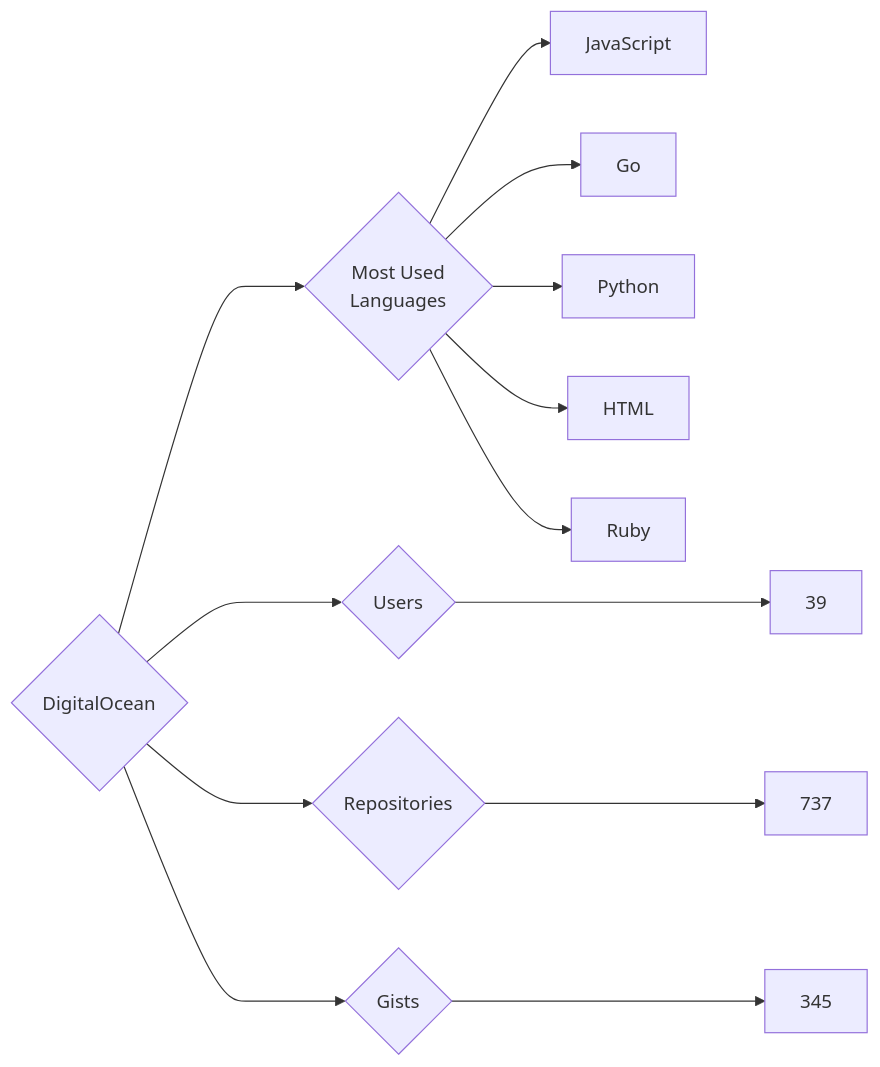
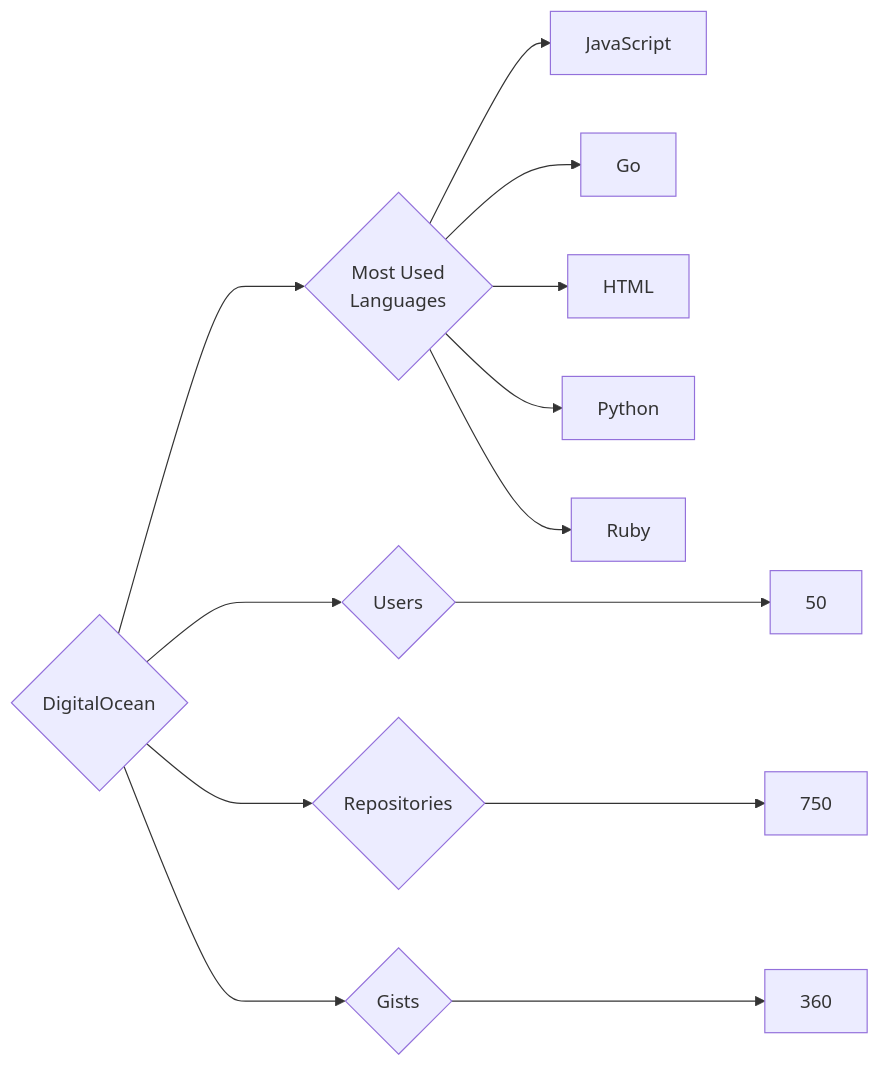
One commit to trickest/insiders changed the diagram in targets/DigitalOcean/README.md. Above: the diagram before and after it, drawn with Mermaid. The commit also changed 927 other files, not shown here.

````diff
--- a/targets/DigitalOcean/README.md
+++ b/targets/DigitalOcean/README.md
@@ -3,13 +3,13 @@
 ```mermaid
 graph LR
 COMPANY_NAME{DigitalOcean}
-COMPANY_NAME ---> U{Users} ---> UN[39]
-COMPANY_NAME ---> R{Repositories} ---> RN[737]
-COMPANY_NAME ---> G{Gists} ---> GN[345]
+COMPANY_NAME ---> U{Users} ---> UN[50]
+COMPANY_NAME ---> R{Repositories} ---> RN[750]
+COMPANY_NAME ---> G{Gists} ---> GN[360]
 COMPANY_NAME ---> ML{Most Used<br>Languages}
 ML --> JavaScript[JavaScript]
 ML --> Go[Go]
+ML --> HTML[HTML]
 ML --> Python[Python]
-ML --> HTML[HTML]
 ML --> Ruby[Ruby]
 ```
````
